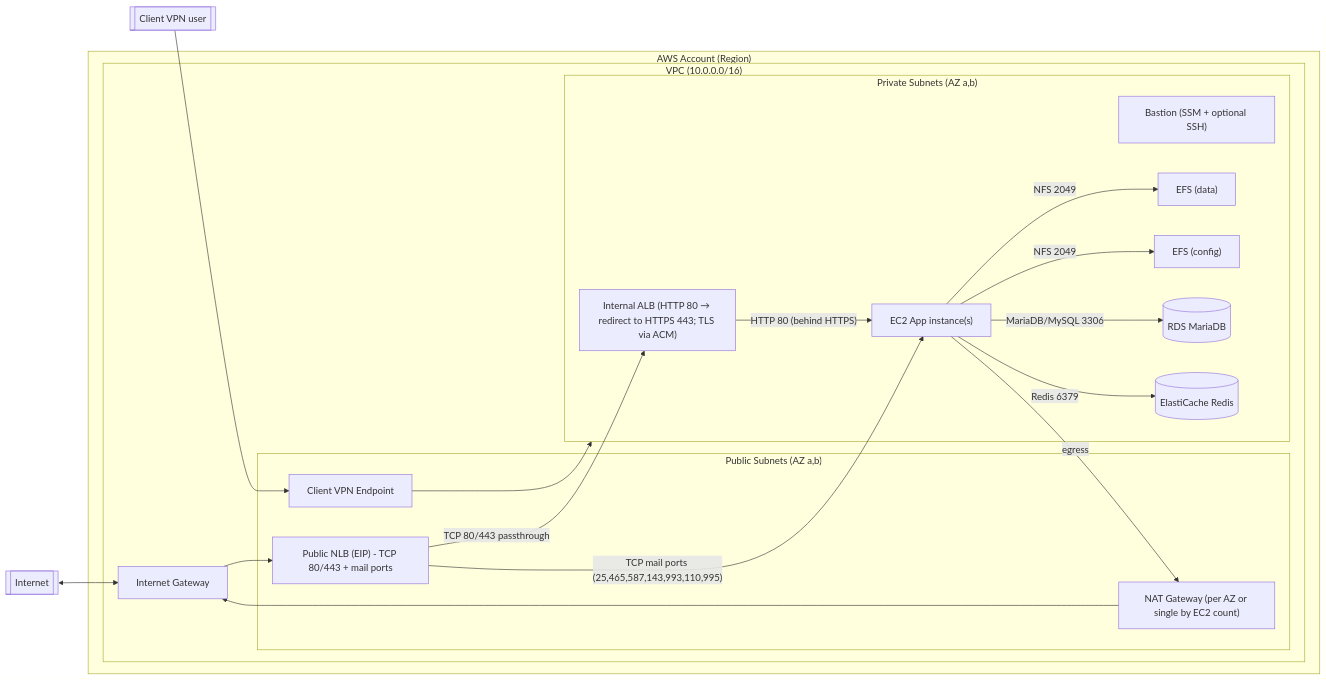
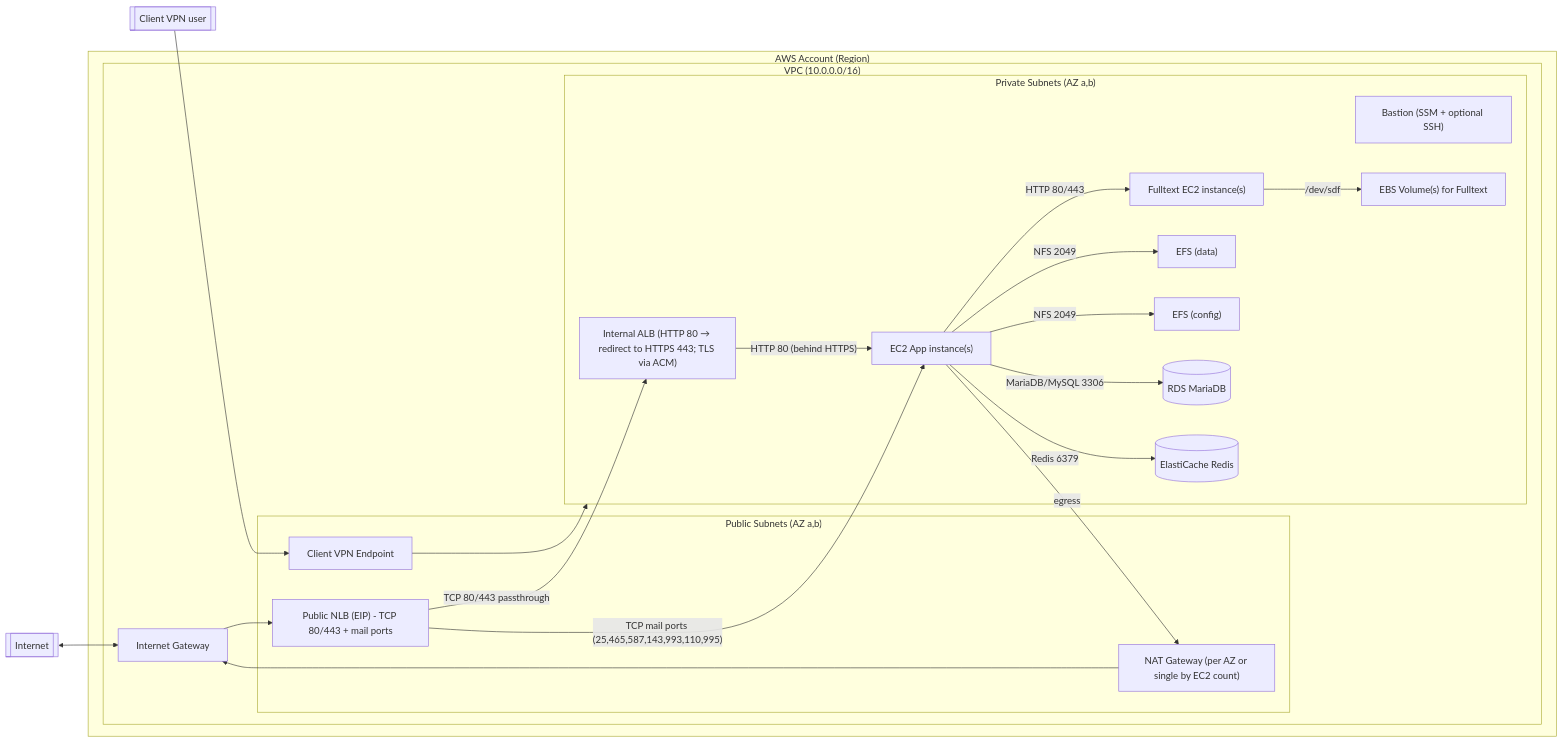
The diagram in ARCHITECTURE.md (spetr/iw-terraform), drawn with Mermaid before and after one commit. The commit also changed other lines of this file and 7 other files, not shown here.

````diff
--- a/ARCHITECTURE.md
+++ b/ARCHITECTURE.md
@@ -5,49 +5,55 @@
 ```mermaid
 flowchart LR
   Internet[[Internet]]
   Client[[Client VPN user]]
 
   subgraph AWS["AWS Account (Region)"]
     subgraph VPC["VPC (10.0.0.0/16)"]
       IGW["Internet Gateway"]
 
       subgraph Public["Public Subnets (AZ a,b)"]
         NLB["Public NLB (EIP) - TCP 80/443 + mail ports"]
         NAT["NAT Gateway (per AZ or single by EC2 count)"]
         CVPN["Client VPN Endpoint"]
       end
 
       subgraph Private["Private Subnets (AZ a,b)"]
         ALB["Internal ALB (HTTP 80 → redirect to HTTPS 443; TLS via ACM)"]
         EC2["EC2 App instance(s)"]
+        FT["Fulltext EC2 instance(s)"]
         Bastion["Bastion (SSM + optional SSH)"]
         EFS1["EFS (data)"]
         EFS2["EFS (config)"]
         RDS[("RDS MariaDB")]
         Redis[("ElastiCache Redis")]
+        EBSFT["EBS Volume(s) for Fulltext"]
       end
     end
   end
 
   Internet <--> IGW
 
   %% Inbound from Internet
   IGW --> NLB
   NLB -->|"TCP 80/443 passthrough"| ALB
   NLB -->|"TCP mail ports (25,465,587,143,993,110,995)"| EC2
 
   %% Load balancer to EC2
   ALB -->|"HTTP 80 (behind HTTPS)"| EC2
 
   %% East-west inside VPC
   EC2 -- "NFS 2049" --> EFS1
   EC2 -- "NFS 2049" --> EFS2
   EC2 -->|"MariaDB/MySQL 3306"| RDS
   EC2 -->|"Redis 6379"| Redis
+  EC2 -->|"HTTP 80/443"| FT
 
   %% Egress
   EC2 -->|egress| NAT --> IGW
 
+  %% Fulltext storage attachment
+  FT -- "/dev/sdf" --> EBSFT
+
   %% VPN access into VPC
   Client --> CVPN --> Private
 ```
````
